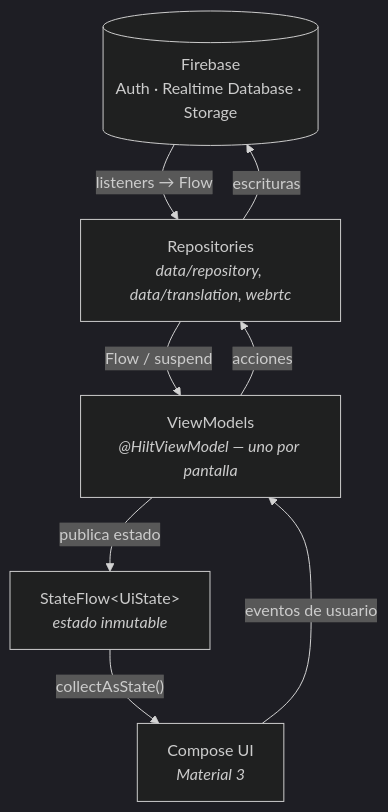
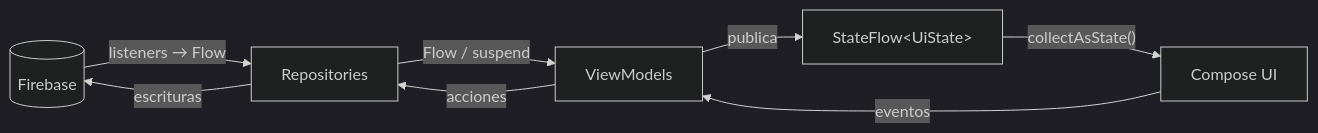
One commit to Azelmods677/NexusChat changed the third of 6 diagrams in README.md. Above: the diagram before and after it, drawn with Mermaid (dark theme). The commit also changed other lines of this file, not shown here.

First line of the commit message:
docs: README profesional con diagramas (capas, secuencia E2EE, design system, roadmap)

````diff
--- a/README.md
+++ b/README.md
@@ -44,16 +110,10 @@
 ```mermaid
-flowchart TD
-    FB[("Firebase<br/>Auth · Realtime Database · Storage")]
-    REPO["Repositories<br/><i>data/repository, data/translation, webrtc</i>"]
-    VM["ViewModels<br/><i>@HiltViewModel — uno por pantalla</i>"]
-    STATE["StateFlow&lt;UiState&gt;<br/><i>estado inmutable</i>"]
-    UI["Compose UI<br/><i>Material 3</i>"]
-
-    FB -- "listeners → Flow" --> REPO
-    REPO -- "Flow / suspend" --> VM
-    VM -- "publica estado" --> STATE
-    STATE -- "collectAsState()" --> UI
-    UI -- "eventos de usuario" --> VM
+flowchart LR
+    FB[("Firebase")] -- "listeners → Flow" --> REPO["Repositories"]
+    REPO -- "Flow / suspend" --> VM["ViewModels"]
+    VM -- "publica" --> STATE["StateFlow&lt;UiState&gt;"]
+    STATE -- "collectAsState()" --> UI["Compose UI"]
+    UI -- "eventos" --> VM
     VM -- "acciones" --> REPO
     REPO -- "escrituras" --> FB
 ```
````
